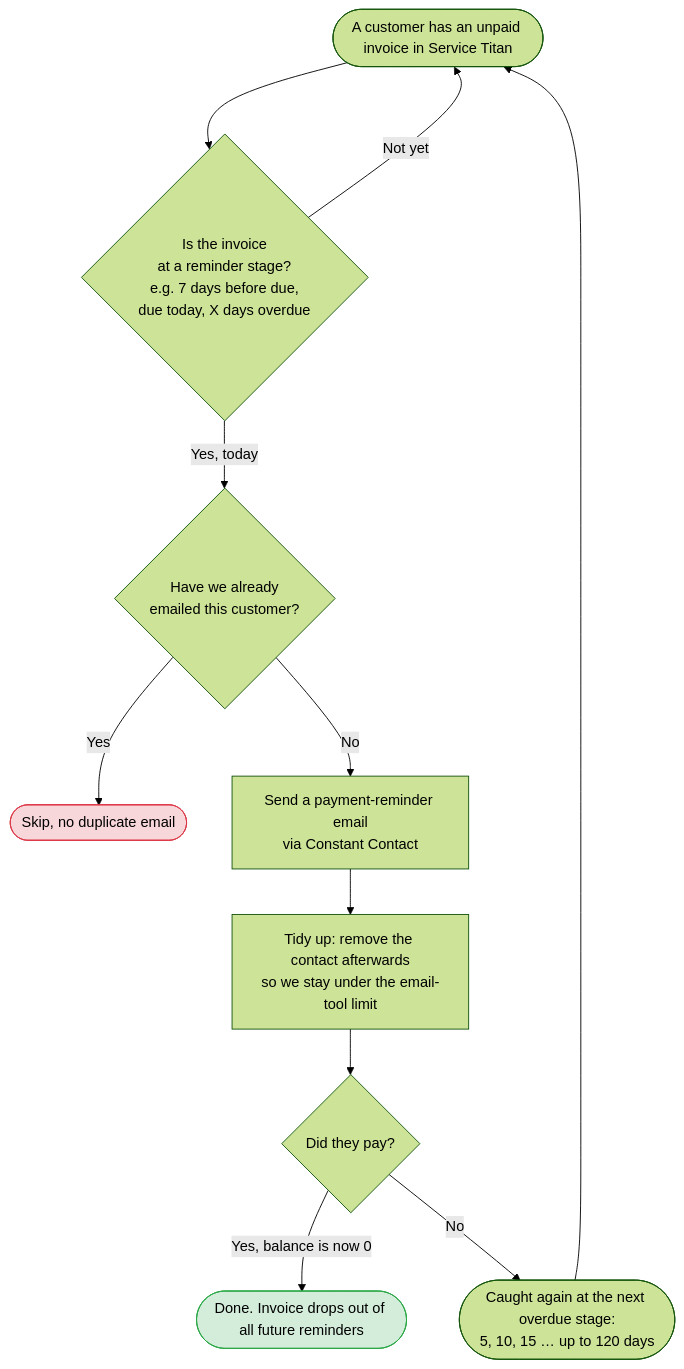
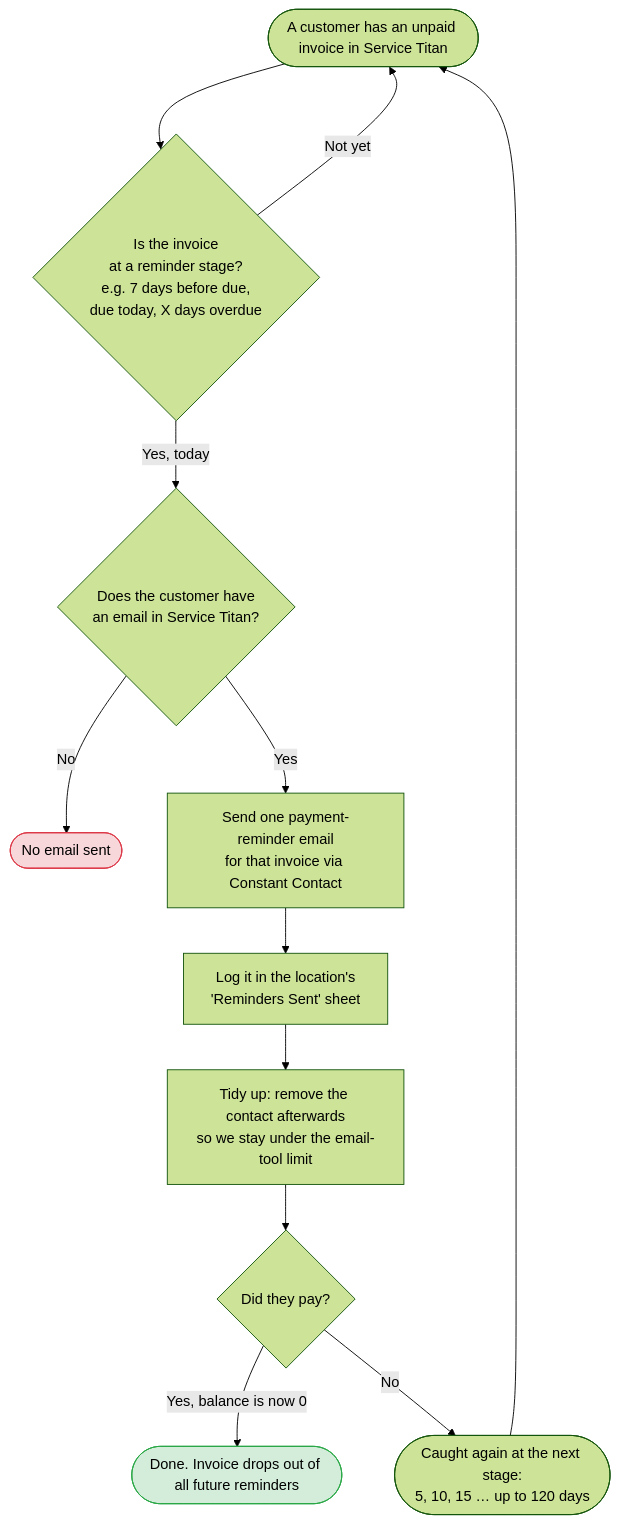
The first of 4 diagrams in README.md (Zerubabel-J/ar-automation-docs), drawn with Mermaid (forest theme) before and after one commit. The commit also changed other lines of this file, not shown here.

Commit message:
Update docs to current AR setup (per-tenant triggers, per-invoice lists, logs)

````diff
--- a/README.md
+++ b/README.md
@@ -45,18 +47,19 @@
 ```mermaid
 flowchart TD
     A([A customer has an unpaid invoice in Service Titan]) --> B{Is the invoice<br/>at a reminder stage?<br/>e.g. 7 days before due,<br/>due today, X days overdue}
     B -- "Not yet" --> A
-    B -- "Yes, today" --> C{Have we already<br/>emailed this customer?}
-    C -- "Yes" --> SKIP([Skip, no duplicate email])
-    C -- "No" --> D[Send a payment-reminder email<br/>via Constant Contact]
-    D --> E[Tidy up: remove the contact afterwards<br/>so we stay under the email-tool limit]
+    B -- "Yes, today" --> C{Does the customer have<br/>an email in Service Titan?}
+    C -- "No" --> SKIP([No email sent])
+    C -- "Yes" --> D[Send one payment-reminder email<br/>for that invoice via Constant Contact]
+    D --> L[Log it in the location's<br/>'Reminders Sent' sheet]
+    L --> E[Tidy up: remove the contact afterwards<br/>so we stay under the email-tool limit]
     E --> F{Did they pay?}
     F -- "Yes, balance is now 0" --> G([Done. Invoice drops out of all future reminders])
-    F -- "No" --> H([Caught again at the next overdue stage:<br/>5, 10, 15 … up to 120 days])
+    F -- "No" --> H([Caught again at the next stage:<br/>5, 10, 15 … up to 120 days])
     H --> A
 
     classDef done fill:#d4edda,stroke:#28a745,color:#000;
     classDef stop fill:#f8d7da,stroke:#dc3545,color:#000;
     class G done;
     class SKIP stop;
 ```
````
